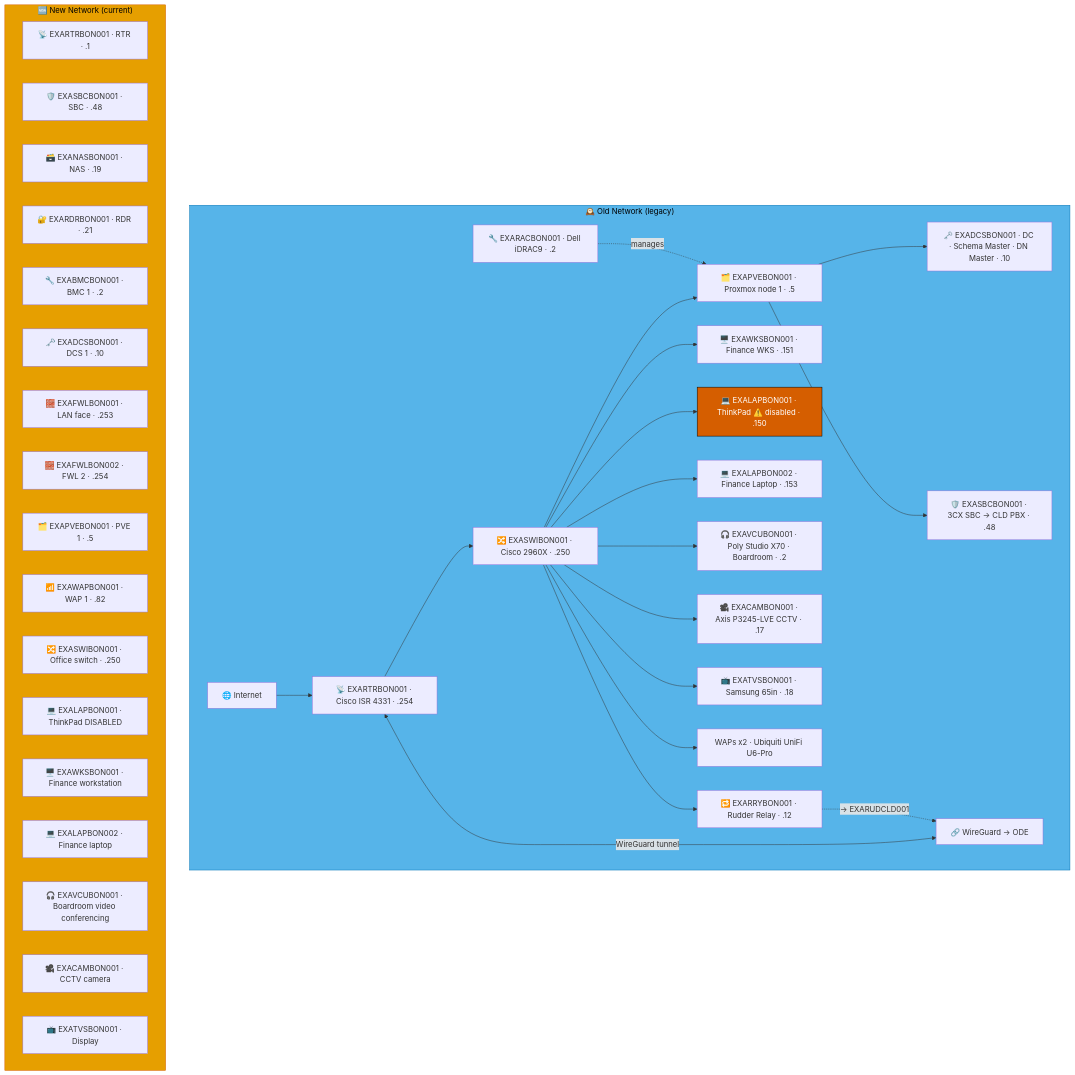
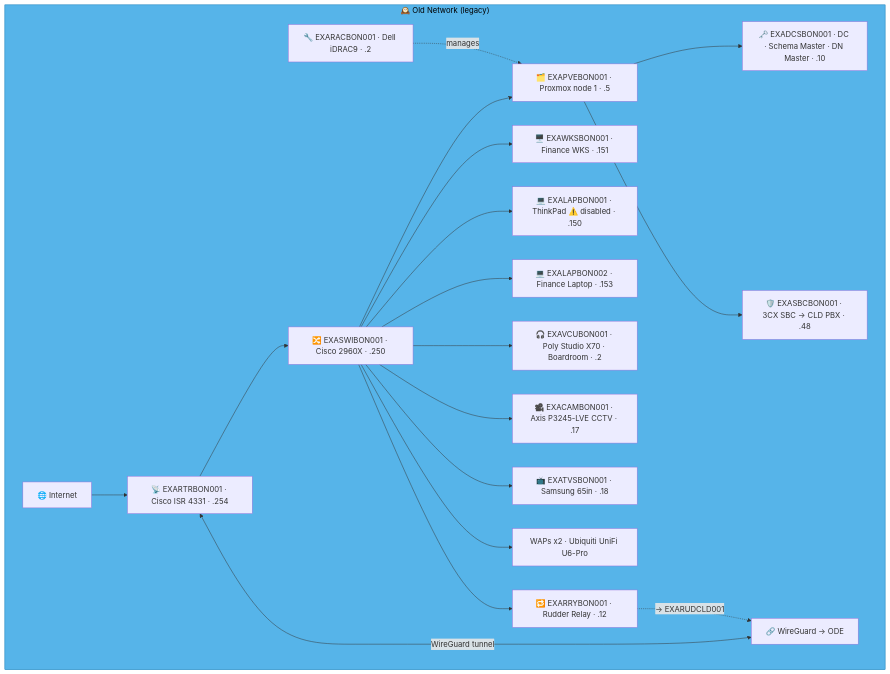
The first of 10 diagrams in docs/network-diagram/deutschland.md (knightmare2600/example_music_infra), drawn with Mermaid before and after one commit. The commit also changed other lines of this file and 35 other files, not shown here.

````diff
--- a/docs/network-diagram/deutschland.md
+++ b/docs/network-diagram/deutschland.md
@@ -17,55 +17,31 @@
 ```mermaid
 graph TD
     subgraph OLD_BON ["🕰️ Old Network (legacy)"]
       INET["🌐 Internet"]
       SW["🔀 EXASWIBON001 · Cisco 2960X · .250"]
       RTR["📡 EXARTRBON001 · Cisco ISR 4331 · .254"]
       RAC["🔧 EXARACBON001 · Dell iDRAC9 · .2"]
       PVE["🗂️ EXAPVEBON001 · Proxmox node 1 · .5"]
       DC["🗝️ EXADCSBON001 · DC · Schema Master · DN Master · .10"]
       SBC["🛡️ EXASBCBON001 · 3CX SBC → CLD PBX · .48"]
       RRY["🔁 EXARRYBON001 · Rudder Relay · .12"]
       WKS["🖥️ EXAWKSBON001 · Finance WKS · .151"]
       LAP1["💻 EXALAPBON001 · ThinkPad ⚠️ disabled · .150"]
       LAP2["💻 EXALAPBON002 · Finance Laptop · .153"]
       VCU["🎧 EXAVCUBON001 · Poly Studio X70 · Boardroom · .2"]
       CAM["🎥 EXACAMBON001 · Axis P3245-LVE CCTV · .17"]
       TV["📺 EXATVSBON001 · Samsung 65in · .18"]
       WAP["WAPs x2 · Ubiquiti UniFi U6-Pro"]
       VPN["🔗 WireGuard → ODE"]
 
       INET --> RTR --> SW
       SW --> PVE --> DC & SBC
       RAC -.->|"manages"| PVE
       SW --> WKS & LAP1 & LAP2 & VCU & CAM & TV & WAP
       RTR <-->|"WireGuard tunnel"| VPN
 
       SW --> RRY
       RRY -. "→ EXARUDCLD001" .-> VPN
     end
     style OLD_BON fill:#56B4E9,stroke:#0072B2,color:#000000
-    %% GENERATED:NEW-NETWORK:BON:START
-    subgraph NEW_BON ["🆕 New Network (current)"]
-      N_RTR["📡 EXARTRBON001 · RTR · .1"]
-      N_SBC["🛡️ EXASBCBON001 · SBC · .48"]
-      N_NAS["🗃️ EXANASBON001 · NAS · .19"]
-      N_RDR["🔐 EXARDRBON001 · RDR · .21"]
-      N_BMC["🔧 EXABMCBON001 · BMC 1 · .2"]
-      N_DCS["🗝️ EXADCSBON001 · DCS 1 · .10"]
-      N_FWL["🧱 EXAFWLBON001 · LAN face · .253"]
-      N_FWL2["🧱 EXAFWLBON002 · FWL 2 · .254"]
-      N_PVE["🗂️ EXAPVEBON001 · PVE 1 · .5"]
-      N_WAP["📶 EXAWAPBON001 · WAP 1 · .82"]
-      N_SWI["🔀 EXASWIBON001 · Office switch · .250"]
-      N_LAP["💻 EXALAPBON001 · ThinkPad DISABLED"]
-      N_WKS["🖥️ EXAWKSBON001 · Finance workstation"]
-      N_LAP2["💻 EXALAPBON002 · Finance laptop"]
-      N_VCU["🎧 EXAVCUBON001 · Boardroom video conferencing"]
-      N_CAM["🎥 EXACAMBON001 · CCTV camera"]
-      N_TVS["📺 EXATVSBON001 · Display"]
-    end
-    style NEW_BON fill:#E69F00,stroke:#D55E00,color:#000000
-    %% GENERATED:NEW-NETWORK:BON:END
-    classDef warn fill:#D55E00,stroke:#000000,color:#ffffff
-    class LAP1 warn
 ```
````
